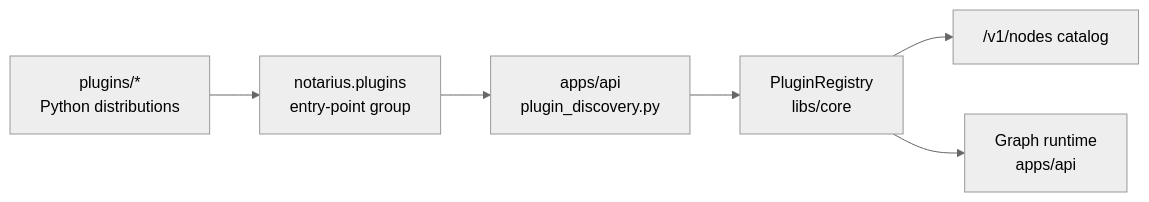
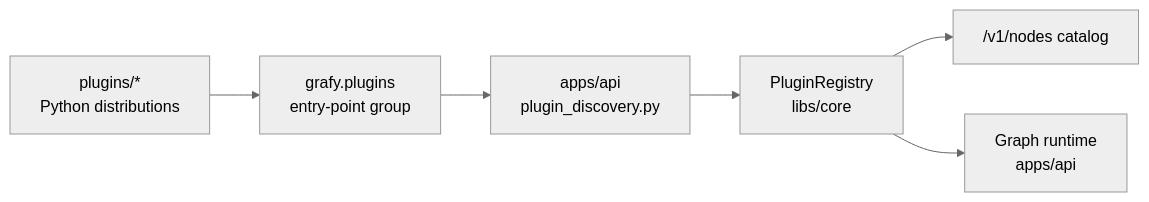
The diagram in docs/design/plugin-development.md (artpods56/KUL_IDUB_EcclesialSchematisms), drawn with Mermaid (neutral theme) before and after one commit. The commit also changed other lines of this file and 575 other files, not shown here.

Commit message:
refactor: rename Notarius to Grafy

````diff
--- a/docs/design/plugin-development.md
+++ b/docs/design/plugin-development.md
@@ -35,8 +35,8 @@
 ```mermaid
 flowchart LR
-    Plugins["plugins/*\nPython distributions"] --> EP["notarius.plugins\nentry-point group"]
+    Plugins["plugins/*\nPython distributions"] --> EP["grafy.plugins\nentry-point group"]
     EP --> Discovery["apps/api\nplugin_discovery.py"]
     Discovery --> Registry["PluginRegistry\nlibs/core"]
     Registry --> Catalog["/v1/nodes catalog"]
     Registry --> Runtime["Graph runtime\napps/api"]
 ```
````
